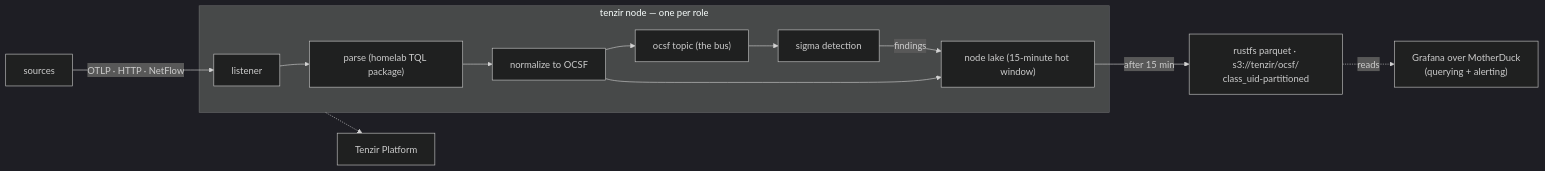
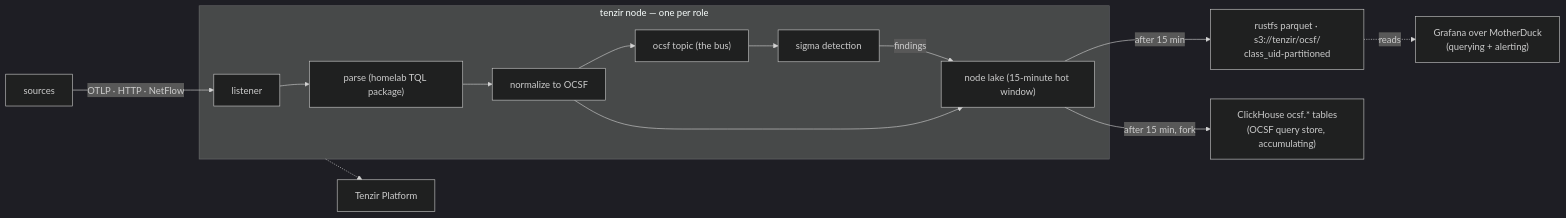
Before and after one commit to Apocrathia/homelab: the diagram in flux/manifests/03-services/observability/tenzir/README.md, drawn with Mermaid (dark theme). The commit also changed other lines of this file and 6 other files, not shown here.

````diff
--- a/flux/manifests/03-services/observability/tenzir/README.md
+++ b/flux/manifests/03-services/observability/tenzir/README.md
@@ -29,17 +38,18 @@
 ```mermaid
 flowchart LR
     SRC["sources"] -->|"OTLP · HTTP · NetFlow"| IN[listener]
 
     subgraph NODE["tenzir node — one per role"]
         IN --> PARSE["parse (homelab TQL package)"]
         PARSE --> OCSF["normalize to OCSF"]
         OCSF --> BUS["ocsf topic (the bus)"]
         BUS --> SIGMA["sigma detection"]
         SIGMA -->|"findings"| LAKE["node lake (15-minute hot window)"]
         OCSF --> LAKE
     end
 
     LAKE -->|"after 15 min"| RUST["rustfs parquet · s3://tenzir/ocsf/<br/>class_uid-partitioned"]
+    LAKE -->|"after 15 min, fork"| CH["ClickHouse ocsf.* tables<br/>(OCSF query store, accumulating)"]
     RUST -.->|"reads"| GRAF["Grafana over MotherDuck<br/>(querying + alerting)"]
     NODE -.-> PLAT["Tenzir Platform"]
 ```
````
